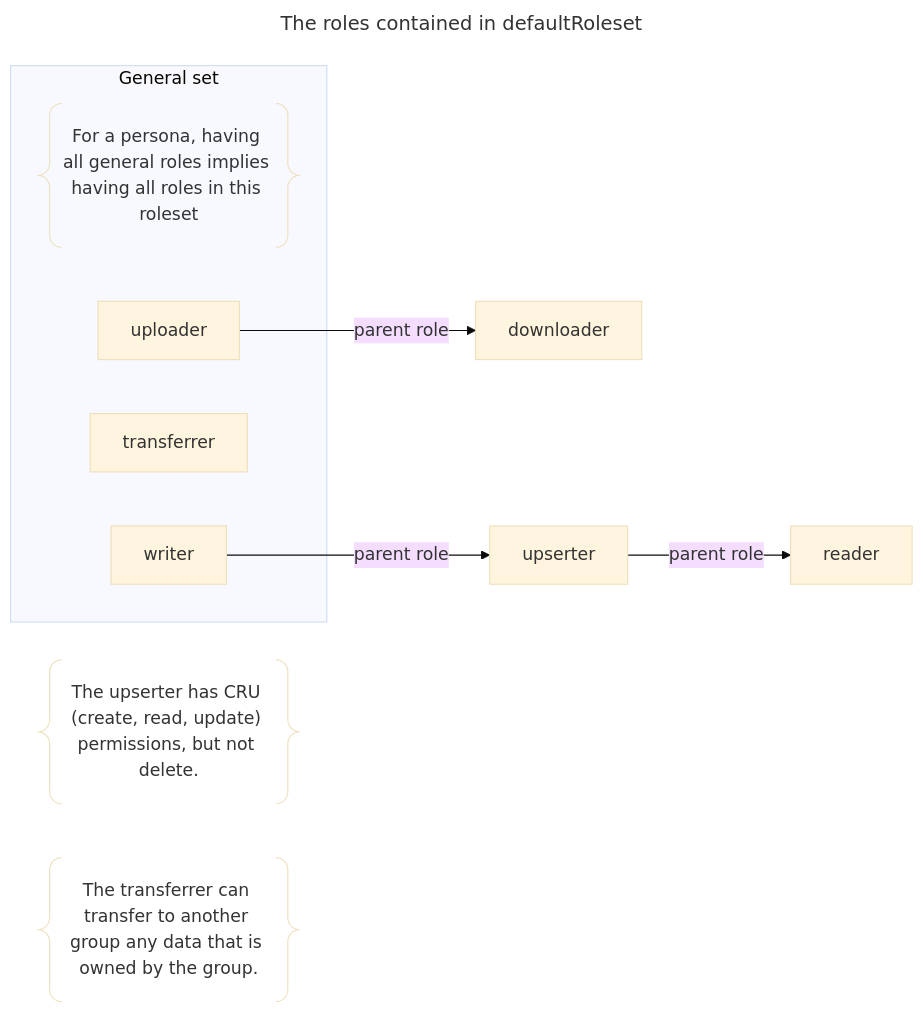
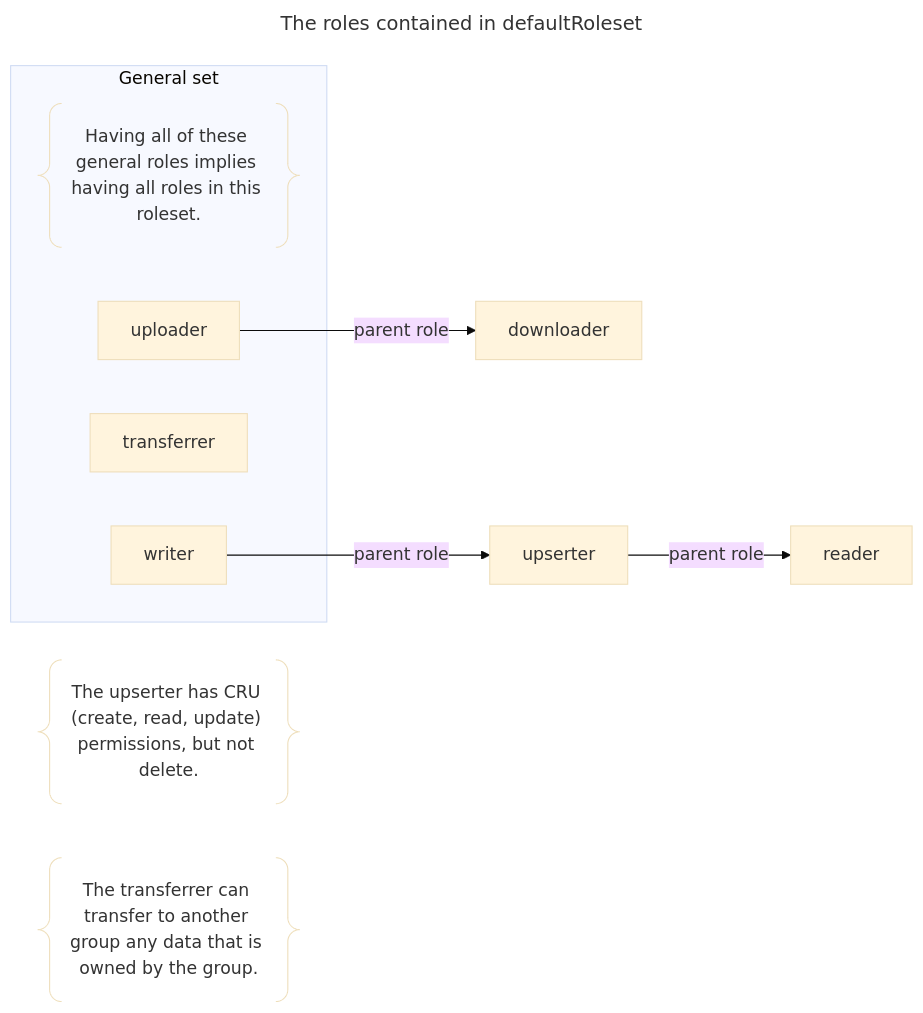
The third of 4 diagrams in README.md (doga/qworum-domain-model), drawn with Mermaid (base theme) before and after one commit. The commit also changed other lines of this file and 3 other files, not shown here.

````diff
--- a/README.md
+++ b/README.md
@@ -260,17 +260,17 @@
 ```mermaid
 ---
 title: The roles contained in defaultRoleset
 ---
 flowchart LR
   subgraph gs["General set"]
-    comment@{shape: braces, label: "For a persona, having all general roles implies having all roles in this roleset"}
+    comment@{shape: braces, label: "Having all of these general roles implies having all roles in this roleset."}
     uploader
     transferrer
     writer
   end
   uploader -- parent role --> downloader
   upserter -- parent role --> reader
   writer -- parent role --> upserter
   upserter_comment@{shape: braces, label: "The upserter has CRU (create, read, update) permissions, but not delete."}
   transferrer_comment@{shape: braces, label: "The transferrer can transfer to another group any data that is owned by the group."}
 ```
````
